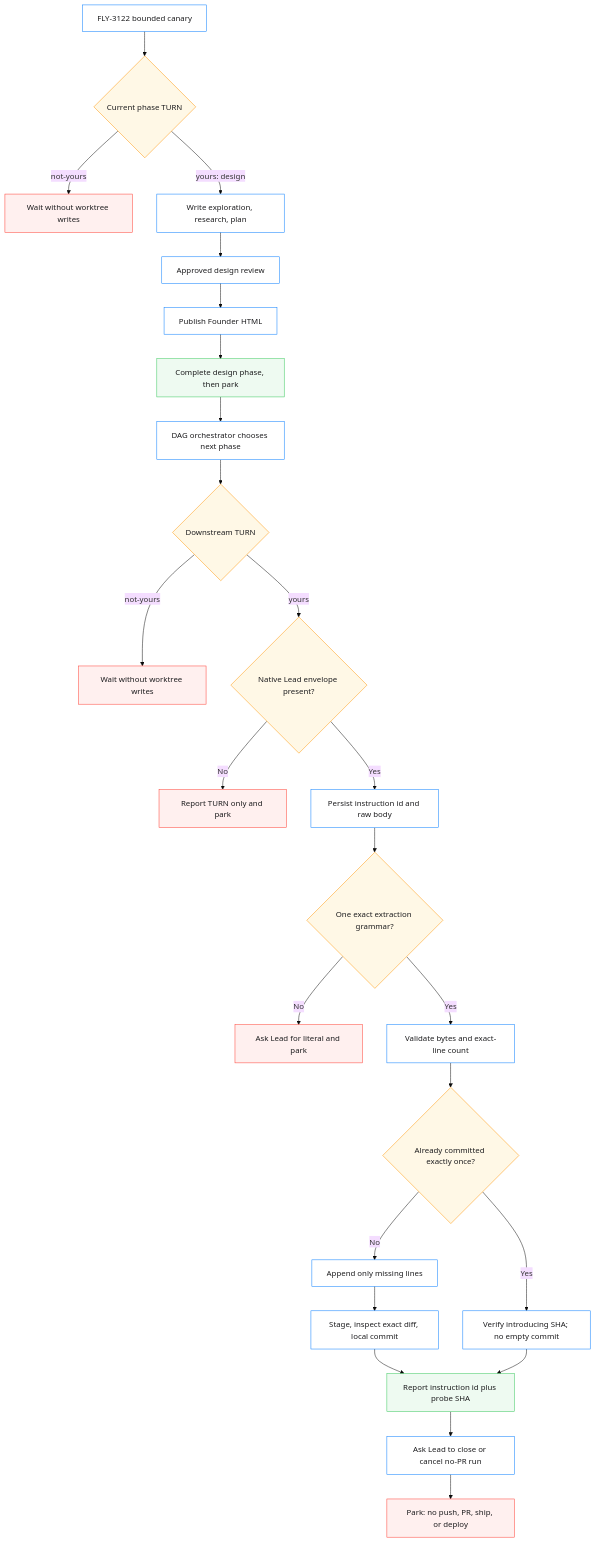
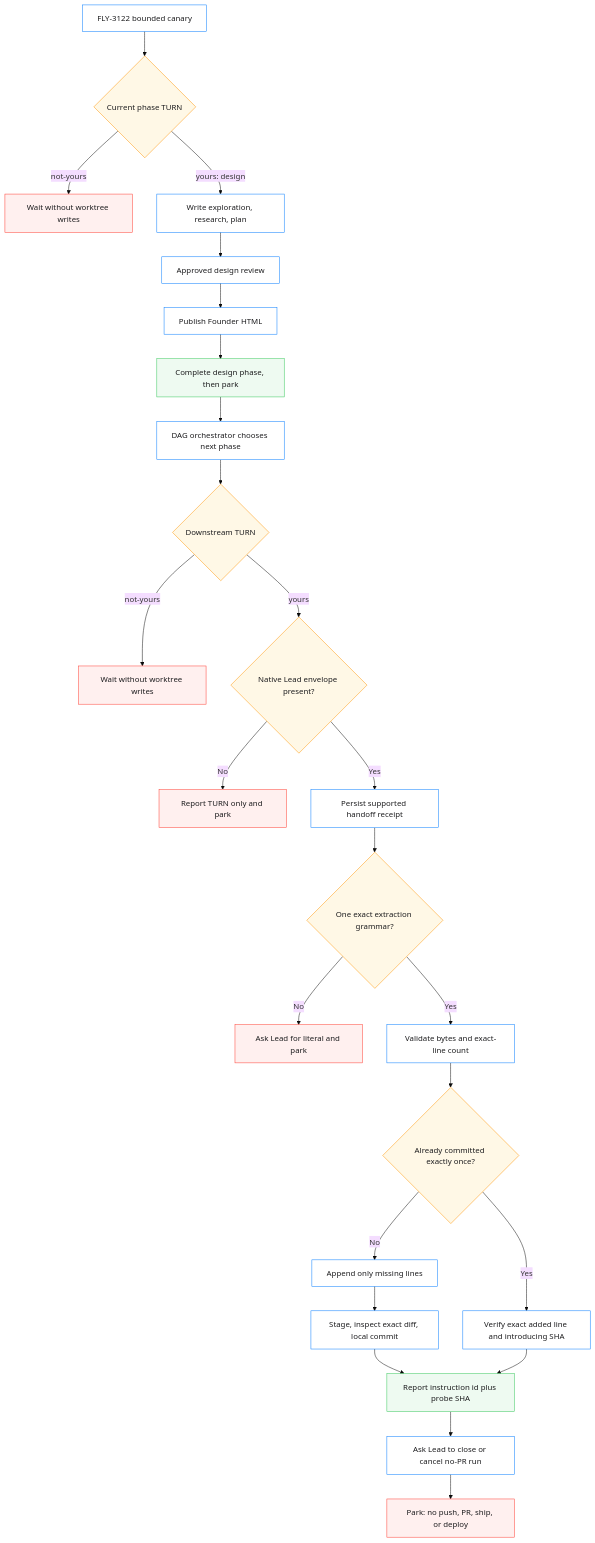
The diagram in engineering/doc/FLY-3122-claude-turn-canary/core-flow.mmd (xrliAnnie/flywheel-qa-sandbox), drawn with Mermaid (base theme) before and after one commit. The commit also changed 4 other files, not shown here.

```diff
--- a/engineering/doc/FLY-3122-claude-turn-canary/core-flow.mmd
+++ b/engineering/doc/FLY-3122-claude-turn-canary/core-flow.mmd
@@ -1,33 +1,33 @@
 flowchart TD
     I["FLY-3122 bounded canary"] --> T{"Current phase TURN"}
     T -->|"not-yours"| W["Wait without worktree writes"]
     T -->|"yours: design"| D["Write exploration, research, plan"]
     D --> R["Approved design review"]
     R --> H["Publish Founder HTML"]
     H --> C["Complete design phase, then park"]
     C --> O["DAG orchestrator chooses next phase"]
     O --> T2{"Downstream TURN"}
     T2 -->|"not-yours"| W2["Wait without worktree writes"]
     T2 -->|"yours"| M{"Native Lead envelope present?"}
     M -->|"No"| N["Report TURN only and park"]
-    M -->|"Yes"| P["Persist instruction id and raw body"]
+    M -->|"Yes"| P["Persist supported handoff receipt"]
     P --> X{"One exact extraction grammar?"}
     X -->|"No"| U["Ask Lead for literal and park"]
     X -->|"Yes"| V["Validate bytes and exact-line count"]
     V --> E{"Already committed exactly once?"}
-    E -->|"Yes"| S["Verify introducing SHA; no empty commit"]
+    E -->|"Yes"| S["Verify exact added line and introducing SHA"]
     E -->|"No"| A["Append only missing lines"]
     A --> G["Stage, inspect exact diff, local commit"]
     G --> Q["Report instruction id plus probe SHA"]
     S --> Q
     Q --> L["Ask Lead to close or cancel no-PR run"]
     L --> B["Park: no push, PR, ship, or deploy"]
 
     classDef authority fill:#fff8e6,stroke:#ff9500,color:#1d1d1f;
     classDef action fill:#ffffff,stroke:#007aff,color:#1d1d1f;
     classDef success fill:#eefaf1,stroke:#34c759,color:#1d1d1f;
     classDef stop fill:#fff0ef,stroke:#ff3b30,color:#1d1d1f;
     class T,T2,M,X,E authority;
     class I,D,R,H,O,P,V,A,G,S,L action;
     class C,Q success;
     class W,W2,N,U,B stop;
```
